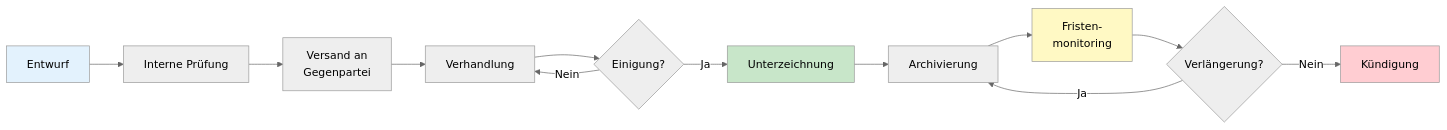
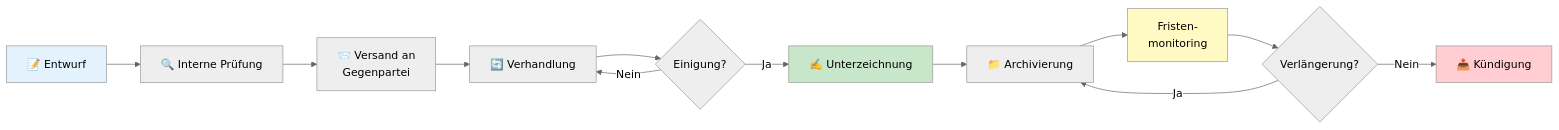
Before and after one commit to justinsz/ProPrompt: the first of 2 diagrams in law_de.md, drawn with Mermaid (neutral theme). The commit also changed other lines of this file and 11 other files, not shown here.

First line of the commit message:
Restore emojis in normal text, keep prompts clean, fix Mermaid syntax

````diff
--- a/law_de.md
+++ b/law_de.md
@@ -124,19 +124,19 @@
 ```mermaid
 flowchart LR
-    A[Entwurf] --> B[Interne Prüfung]
-    B --> C[Versand an<br/>Gegenpartei]
-    C --> D[Verhandlung]
+    A[📝 Entwurf] --> B[🔍 Interne Prüfung]
+    B --> C[📨 Versand an<br/>Gegenpartei]
+    C --> D[🔄 Verhandlung]
     D --> E{Einigung?}
-    E -- Ja --> F[Unterzeichnung]
+    E -- Ja --> F[✍️ Unterzeichnung]
     E -- Nein --> D
-    F --> G[Archivierung]
+    F --> G[📁 Archivierung]
     G --> H[Fristen-<br/>monitoring]
     H --> I{Verlängerung?}
     I -- Ja --> G
-    I -- Nein --> J[Kündigung]
+    I -- Nein --> J[📤 Kündigung]
 
     style A fill:#e3f2fd
     style F fill:#c8e6c9
     style H fill:#fff9c4
     style J fill:#ffcdd2
 ```
````
